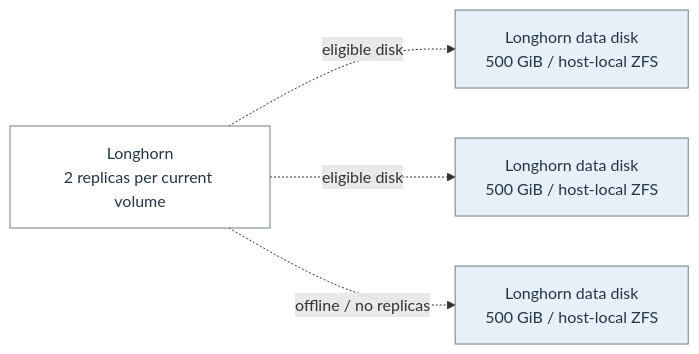
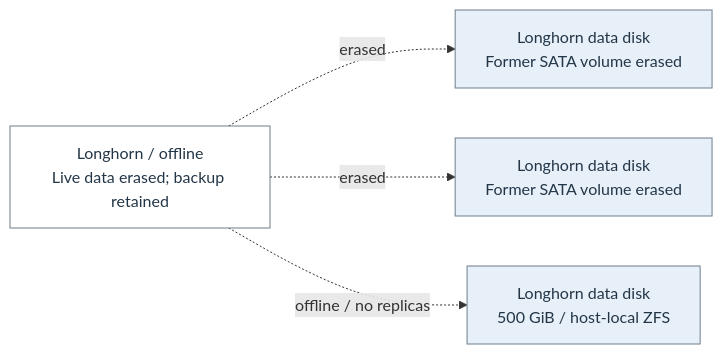
One commit to Harsh-2002/Homelab changed diagram 21 of 22 in docs/architecture/homelab-mermaid.md. Above: the diagram before and after it, drawn with Mermaid. The commit also changed other lines of this file and 77 other files, not shown here.

Commit message:
Retire SATA data pools and automate USB erase completion

````diff
--- a/docs/architecture/homelab-mermaid.md
+++ b/docs/architecture/homelab-mermaid.md
@@ -601,14 +607,14 @@
 ```mermaid
 flowchart LR
-  n_flow_19_0["Longhorn<br/>2 replicas per current volume"]
-  n_flow_19_1["Longhorn data disk<br/>500 GiB / host-local ZFS"]
-  n_flow_19_2["Longhorn data disk<br/>500 GiB / host-local ZFS"]
+  n_flow_19_0["Longhorn / offline<br/>Live data erased; backup retained"]
+  n_flow_19_1["Longhorn data disk<br/>Former SATA volume erased"]
+  n_flow_19_2["Longhorn data disk<br/>Former SATA volume erased"]
   n_flow_19_3["Longhorn data disk<br/>500 GiB / host-local ZFS"]
-  n_flow_19_0 -.->|"eligible disk"| n_flow_19_1
-  n_flow_19_0 -.->|"eligible disk"| n_flow_19_2
+  n_flow_19_0 -.->|"erased"| n_flow_19_1
+  n_flow_19_0 -.->|"erased"| n_flow_19_2
   n_flow_19_0 -.->|"offline / no replicas"| n_flow_19_3
   classDef c_flow_19_0 fill:#ffffff,stroke:#6c7f8c,color:#233647;
   class n_flow_19_0 c_flow_19_0;
   classDef c_flow_19_1 fill:#e7eff8,stroke:#6c7f8c,color:#233647;
   class n_flow_19_1,n_flow_19_2,n_flow_19_3 c_flow_19_1;
 ```
````
